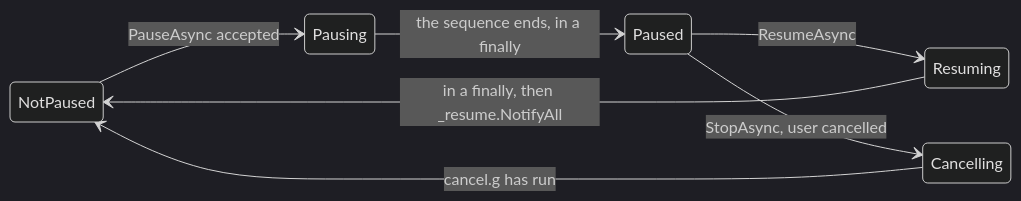
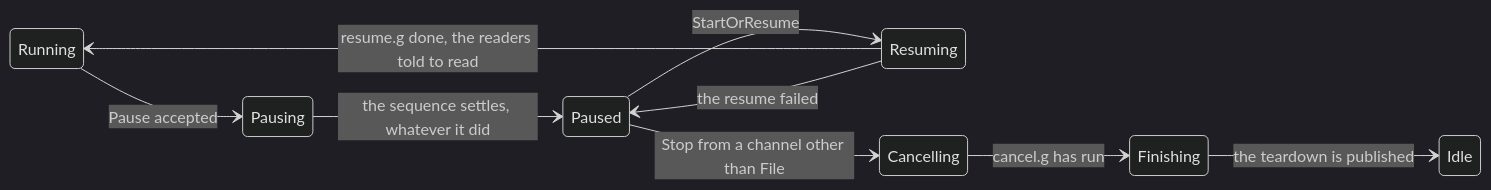
The fifth of 5 diagrams in src/Documentation/articles/pause-and-resume.md (Duet3D/DuetSoftwareFramework), drawn with Mermaid (dark theme) before and after one commit. The commit also changed other lines of this file and 29 other files, not shown here.

````diff
--- a/src/Documentation/articles/pause-and-resume.md
+++ b/src/Documentation/articles/pause-and-resume.md
@@ -326,10 +340,12 @@
 ```mermaid
 stateDiagram-v2
     direction LR
-    NotPaused --> Pausing: PauseAsync accepted
-    Pausing --> Paused: the sequence ends, in a finally
-    Paused --> Resuming: ResumeAsync
-    Resuming --> NotPaused: in a finally, then _resume.NotifyAll
-    Paused --> Cancelling: StopAsync, user cancelled
-    Cancelling --> NotPaused: cancel.g has run
+    Running --> Pausing: Pause accepted
+    Pausing --> Paused: the sequence settles, whatever it did
+    Paused --> Resuming: StartOrResume
+    Resuming --> Running: resume.g done, the readers told to read
+    Resuming --> Paused: the resume failed
+    Paused --> Cancelling: Stop from a channel other than File
+    Cancelling --> Finishing: cancel.g has run
+    Finishing --> Idle: the teardown is published
 ```
````
